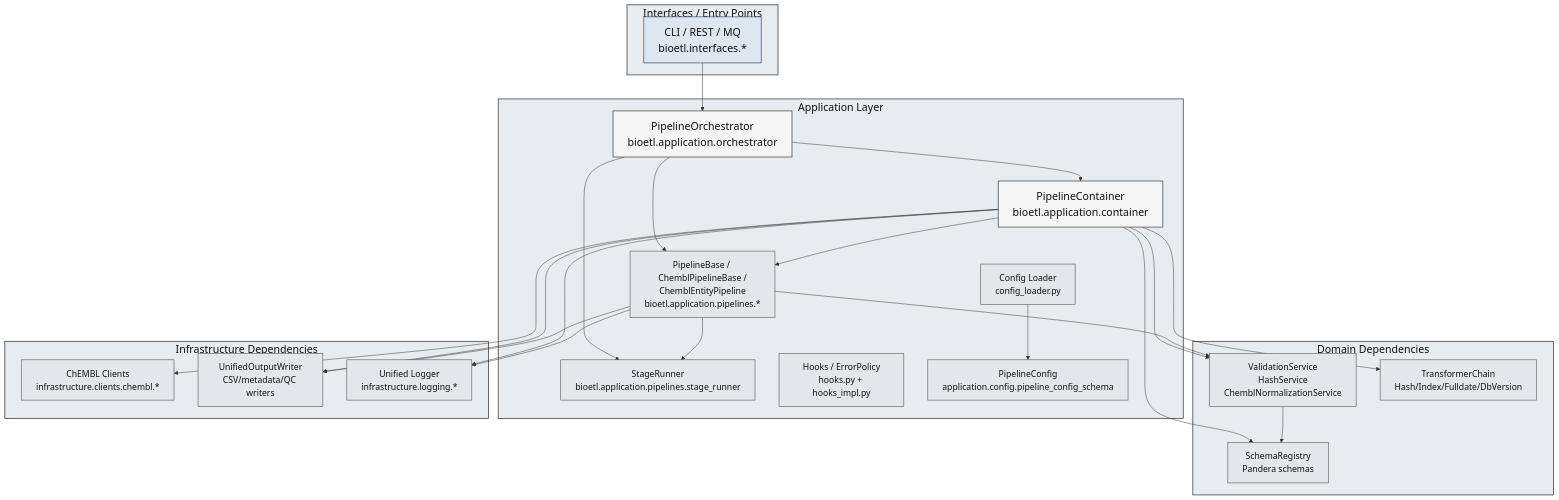
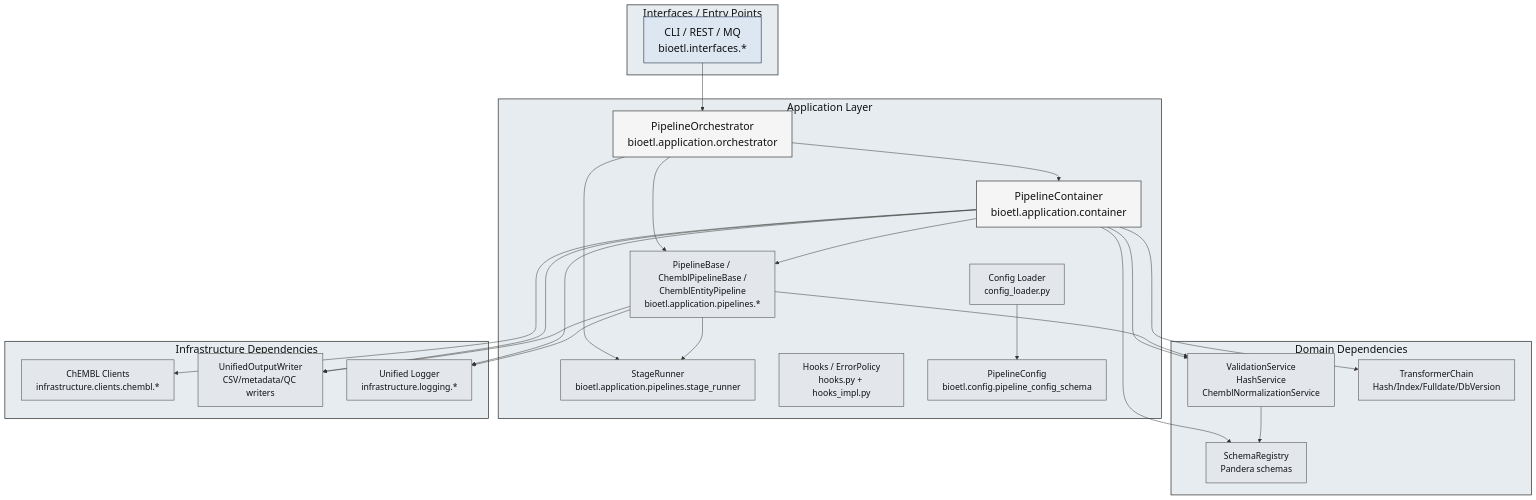
One commit to SatoryKono/BioactivityDataAcquisition changed the diagram in docs/architecture/diagrams/component/01-application-components.mmd. Above: the diagram before and after it, drawn with Mermaid. The commit also changed 24 other files, not shown here.

Commit message:
Refactor config schemas for infrastructure

```diff
--- a/docs/architecture/diagrams/component/01-application-components.mmd
+++ b/docs/architecture/diagrams/component/01-application-components.mmd
@@ -1,57 +1,57 @@
 ---
 id: 7a0c7b7f-3f2b-4f8a-8f2c-6c3e0c4da2f2
 ---
 flowchart TB
 
 classDef componentPrimary   fill:#f5f5f5,stroke:#444,stroke-width:1.5px,color:#111,font-size:22px;
 classDef componentSecondary fill:#e3e7ec,stroke:#555,stroke-width:1.2px,color:#111,font-size:18px;
 classDef external           fill:#dde7f2,stroke:#44546a,stroke-width:1.5px,color:#111,font-size:22px;
 classDef group              fill:#e6ecef,stroke:#333,stroke-width:1.5px,color:#111,font-size:22px;
 
 subgraph Entry["Interfaces / Entry Points"]
     CLI["CLI / REST / MQ\nbioetl.interfaces.*"]:::external
 end
 class Entry group;
 
 subgraph Application["Application Layer"]
     Orchestrator["PipelineOrchestrator\nbioetl.application.orchestrator"]:::componentPrimary
     Container["PipelineContainer\nbioetl.application.container"]:::componentPrimary
     Pipelines["PipelineBase / ChemblPipelineBase /\nChemblEntityPipeline\nbioetl.application.pipelines.*"]:::componentSecondary
     StageRunner["StageRunner\nbioetl.application.pipelines.stage_runner"]:::componentSecondary
     Hooks["Hooks / ErrorPolicy\nhooks.py + hooks_impl.py"]:::componentSecondary
     ConfigLoader["Config Loader\nconfig_loader.py"]:::componentSecondary
-    PipelineConfig["PipelineConfig\napplication.config.pipeline_config_schema"]:::componentSecondary
+    PipelineConfig["PipelineConfig\nbioetl.config.pipeline_config_schema"]:::componentSecondary
 end
 class Application group;
 
 subgraph Domain["Domain Dependencies"]
     DomainServices["ValidationService\nHashService\nChemblNormalizationService"]:::componentSecondary
     Transformers["TransformerChain\nHash/Index/Fulldate/DbVersion"]:::componentSecondary
     Schemas["SchemaRegistry\nPandera schemas"]:::componentSecondary
 end
 class Domain group;
 
 subgraph Infrastructure["Infrastructure Dependencies"]
     Clients["ChEMBL Clients\ninfrastructure.clients.chembl.*"]:::componentSecondary
     Output["UnifiedOutputWriter\nCSV/metadata/QC writers"]:::componentSecondary
     Logging["Unified Logger\ninfrastructure.logging.*"]:::componentSecondary
 end
 class Infrastructure group;
 
 CLI --> Orchestrator
 ConfigLoader --> PipelineConfig
 Orchestrator --> Container
 Orchestrator --> Pipelines
 Orchestrator --> StageRunner
 Container --> Pipelines
 Container --> DomainServices
 Container --> Transformers
 Container --> Schemas
 Container --> Clients
 Container --> Output
 Container --> Logging
 Pipelines --> StageRunner
 Pipelines --> DomainServices
 Pipelines --> Output
 Pipelines --> Logging
 DomainServices --> Schemas
```
